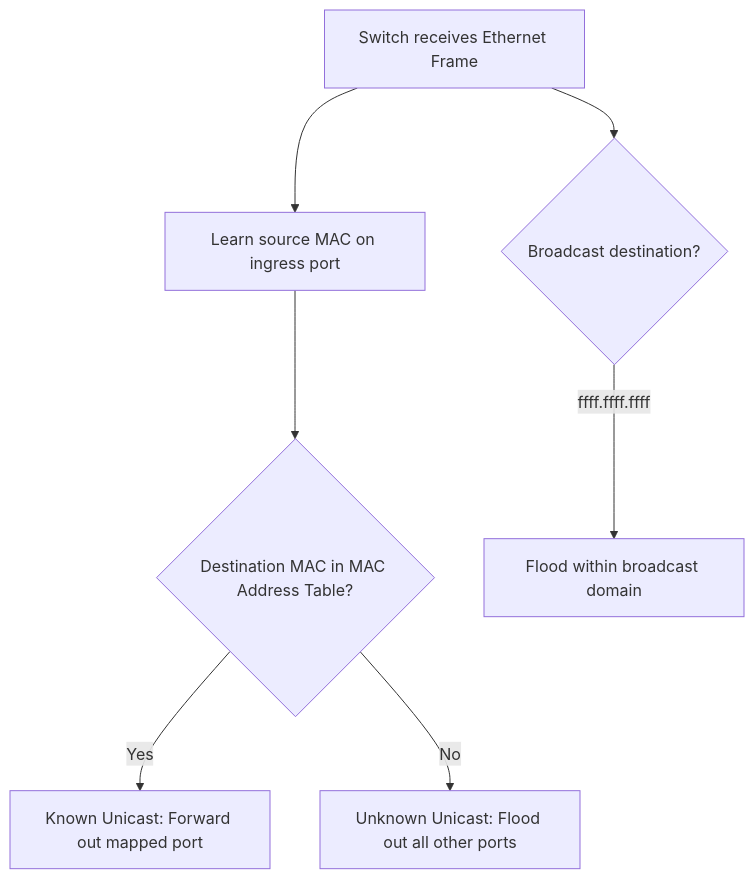
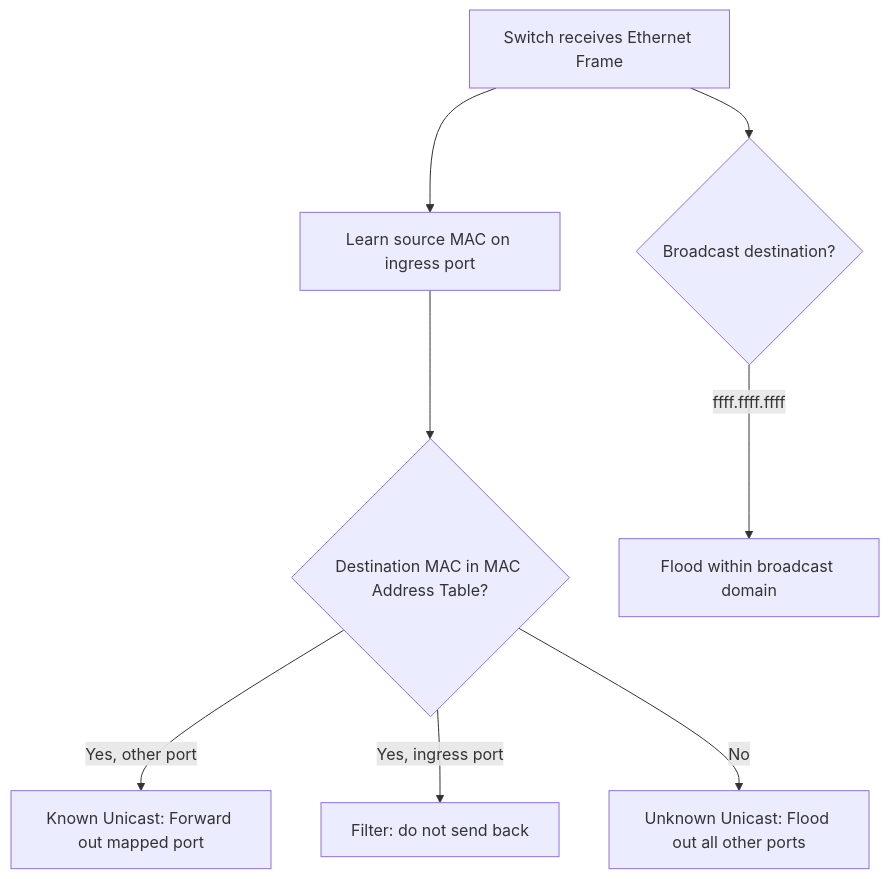
One commit to mic215fa/CCNA changed the second of 4 diagrams in 04_Maps/Ethernet Switching 與 ARP 地圖.md. Above: the diagram before and after it, drawn with Mermaid. The commit also changed other lines of this file and 306 other files, not shown here.

````diff
--- a/04_Maps/Ethernet Switching 與 ARP 地圖.md
+++ b/04_Maps/Ethernet Switching 與 ARP 地圖.md
@@ -12,9 +30,10 @@
 ```mermaid
 flowchart TD
   A["Switch receives Ethernet Frame"] --> B["Learn source MAC on ingress port"]
   B --> C{"Destination MAC in MAC Address Table?"}
-  C -->|"Yes"| D["Known Unicast: Forward out mapped port"]
+  C -->|"Yes, other port"| D["Known Unicast: Forward out mapped port"]
+  C -->|"Yes, ingress port"| H["Filter: do not send back"]
   C -->|"No"| E["Unknown Unicast: Flood out all other ports"]
   A --> F{"Broadcast destination?"}
   F -->|"ffff.ffff.ffff"| G["Flood within broadcast domain"]
 ```
````
